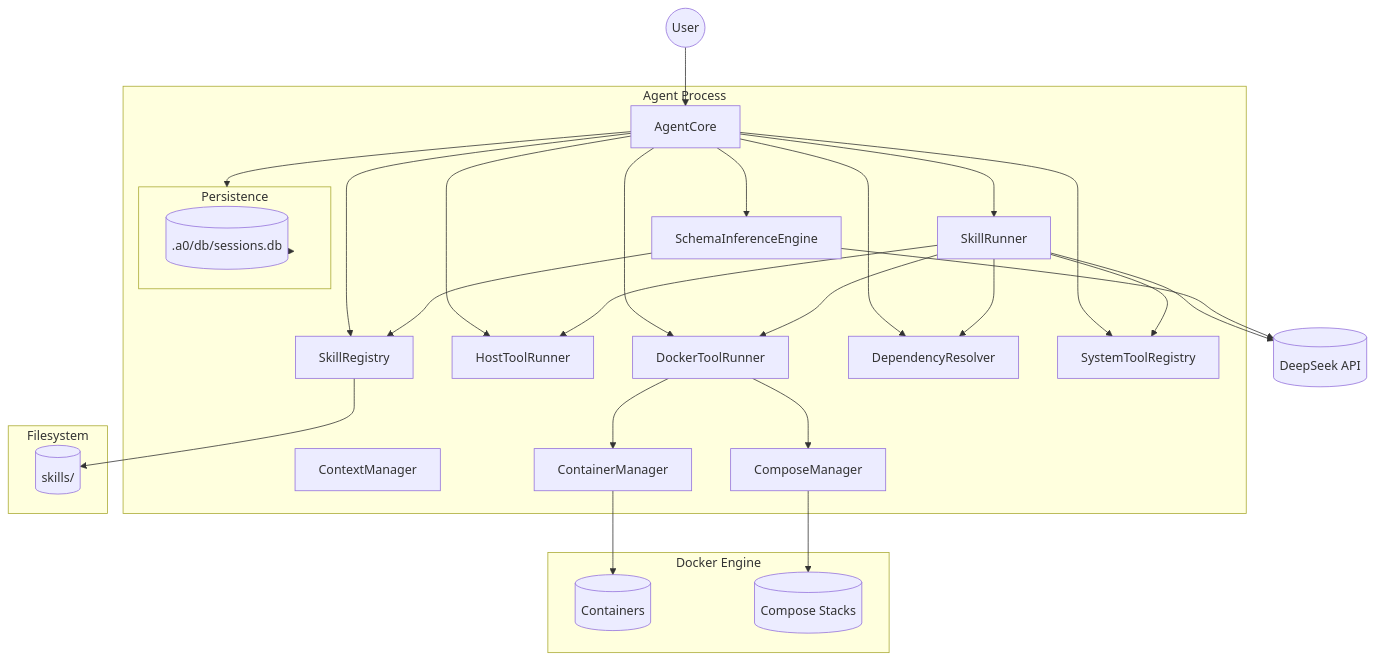
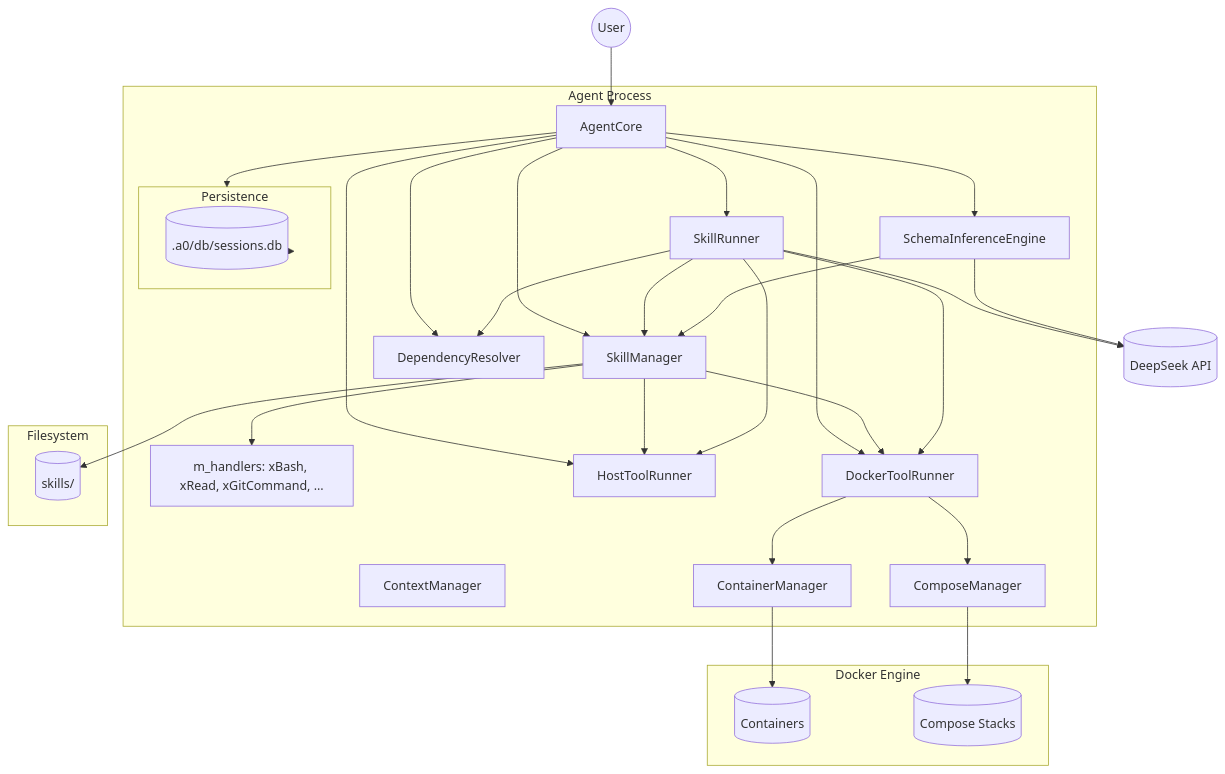
One commit to opensassi/a0 changed the first of 3 diagrams in technical-specification.md. Above: the diagram before and after it, drawn with Mermaid. The commit also changed other lines of this file and 42 other files, not shown here.

Commit message:
2026-06-02-skill-manager-unified-dispatch-17894d313ffey2yp6xmKmDGJYm

````diff
--- a/technical-specification.md
+++ b/technical-specification.md
@@ -248,57 +248,59 @@
 ```mermaid
 graph TB
     User((User))
     DeepSeek[("DeepSeek API")]
 
     subgraph "Agent Process"
         Core[AgentCore]
         Context[ContextManager]
-        Reg[SkillRegistry]
+        SkillMgr[SkillManager]
+        SkillMgr_Handlers[m_handlers: xBash, xRead, xGitCommand, ...]
         HostRunner[HostToolRunner]
         DockerRunner[DockerToolRunner]
         SkillRunner[SkillRunner]
         InfEngine[SchemaInferenceEngine]
         DepResolver[DependencyResolver]
         Persistence[PersistenceStore]
-        SysTools[SystemToolRegistry]
         ContainerMgr[ContainerManager]
         ComposeMgr[ComposeManager]
     end
 
     subgraph "Persistence"
         DB[(.a0/db/sessions.db)]
     end
 
     subgraph "Docker Engine"
         Containers[(Containers)]
         ComposeStacks[(Compose Stacks)]
     end
 
     subgraph "Filesystem"
         SkillsDir[(skills/)]
     end
 
     User --> Core
-    Core --> Reg
+    Core --> SkillMgr
     Core --> DepResolver
-    Core --> SysTools
     Core --> HostRunner
     Core --> DockerRunner
     Core --> SkillRunner
+    Core --> InfEngine
+    SkillMgr --> SkillMgr_Handlers
+    SkillMgr --> HostRunner
+    SkillMgr --> DockerRunner
     SkillRunner --> DepResolver
     SkillRunner --> DeepSeek
+    SkillRunner --> SkillMgr
     SkillRunner --> HostRunner
     SkillRunner --> DockerRunner
-    SkillRunner --> SysTools
-    Core --> InfEngine
     InfEngine --> DeepSeek
-    InfEngine --> Reg
+    InfEngine --> SkillMgr
     Core --> Persistence
     Persistence --> DB
-    Reg --> SkillsDir
+    SkillMgr --> SkillsDir
 
     DockerRunner --> ContainerMgr
     DockerRunner --> ComposeMgr
     ContainerMgr --> Containers
     ComposeMgr --> ComposeStacks
 ```
````
